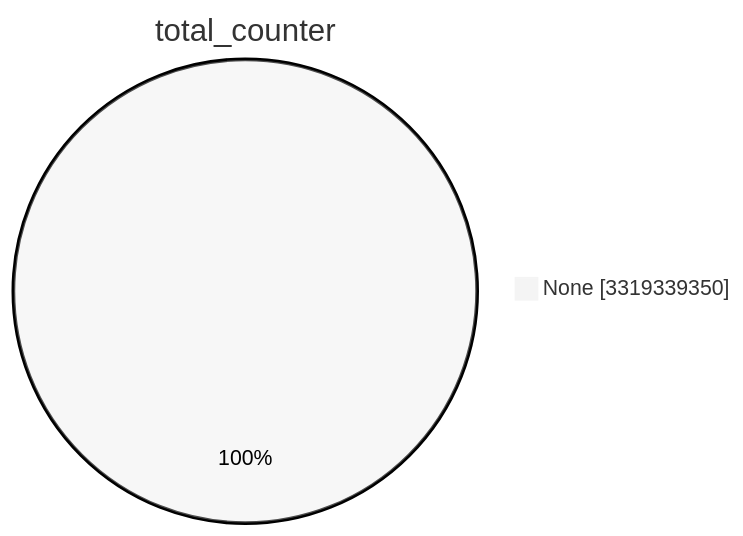
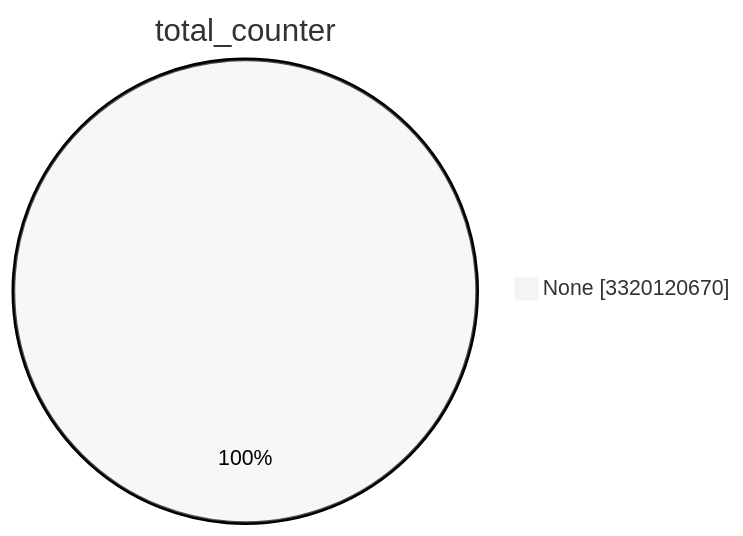
The first of 15 diagrams in TOTAL/README.md (christiankrug/ctmonitor_visualization), drawn with Mermaid (neutral theme) before and after one commit. The commit also changed other lines of this file, not shown here.

````diff
--- a/TOTAL/README.md
+++ b/TOTAL/README.md
@@ -1,5 +1,5 @@
 ```mermaid
 pie showData
 title total_counter
-"None" :3319339350
+"None" :3320120670
 ```
````
